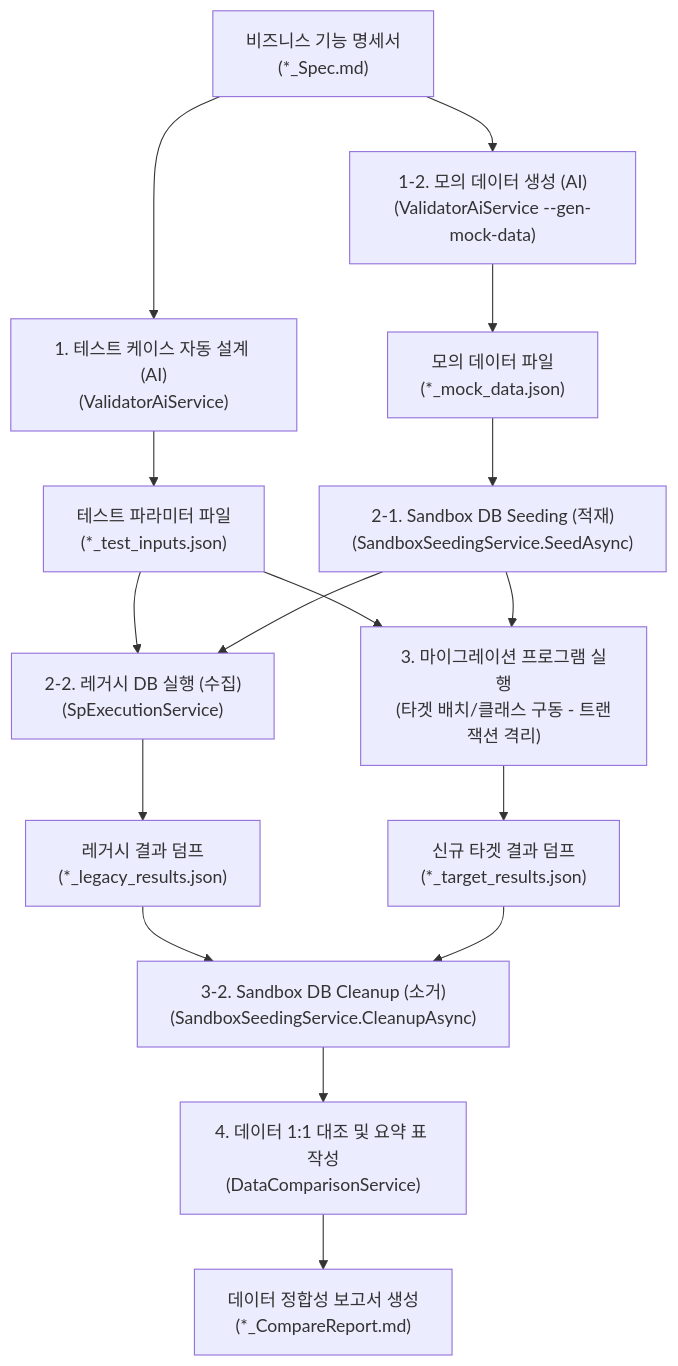
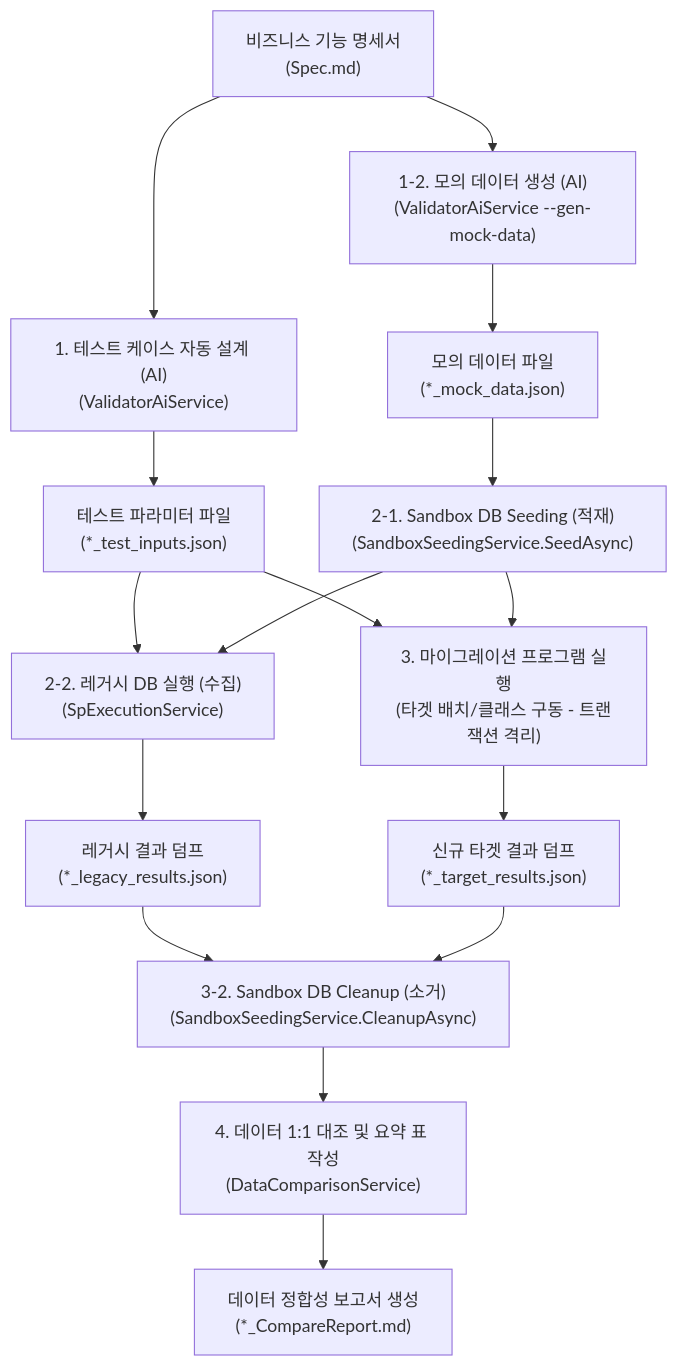
One commit to moondae815/ReSet changed the fifth of 5 diagrams in docs/architecture.md. Above: the diagram before and after it, drawn with Mermaid. The commit also changed other lines of this file and 17 other files, not shown here.

First line of the commit message:
Refactor output directory structure to Procedures/[Schema].[Name]/

````diff
--- a/docs/architecture.md
+++ b/docs/architecture.md
@@ -334,30 +334,30 @@
 ```mermaid
 graph TD
     %% 입력 자료
-    Spec["비즈니스 기능 명세서<br/>(*_Spec.md)"] --> GenInputs["1. 테스트 케이스 자동 설계 (AI)<br/>(ValidatorAiService)"]
+    Spec["비즈니스 기능 명세서<br/>(Spec.md)"] --> GenInputs["1. 테스트 케이스 자동 설계 (AI)<br/>(ValidatorAiService)"]
     
     %% 테스트 파라미터 파일
     GenInputs --> InputJson["테스트 파라미터 파일<br/>(*_test_inputs.json)"]
     
     %% 모의 데이터 생성
     Spec --> GenMock["1-2. 모의 데이터 생성 (AI)<br/>(ValidatorAiService --gen-mock-data)"]
     GenMock --> MockJson["모의 데이터 파일<br/>(*_mock_data.json)"]
     
     %% Sandbox Seeding (적재)
     MockJson --> SeedDB["2-1. Sandbox DB Seeding (적재)<br/>(SandboxSeedingService.SeedAsync)"]
     
     %% Legacy 수집
     InputJson & SeedDB --> ExecLegacy["2-2. 레거시 DB 실행 (수집)<br/>(SpExecutionService)"]
     ExecLegacy --> LegacyJson["레거시 결과 덤프<br/>(*_legacy_results.json)"]
     
     %% Target 수집
     InputJson & SeedDB --> ExecTarget["3. 마이그레이션 프로그램 실행<br/>(타겟 배치/클래스 구동 - 트랜잭션 격리)"]
     ExecTarget --> TargetJson["신규 타겟 결과 덤프<br/>(*_target_results.json)"]
     
     %% Sandbox Cleanup (소거)
     LegacyJson & TargetJson --> CleanupDB["3-2. Sandbox DB Cleanup (소거)<br/>(SandboxSeedingService.CleanupAsync)"]
     
     %% 비교 대조
     CleanupDB --> CompareData["4. 데이터 1:1 대조 및 요약 표 작성<br/>(DataComparisonService)"]
     CompareData --> Report["데이터 정합성 보고서 생성<br/>(*_CompareReport.md)"]
 ```
````
